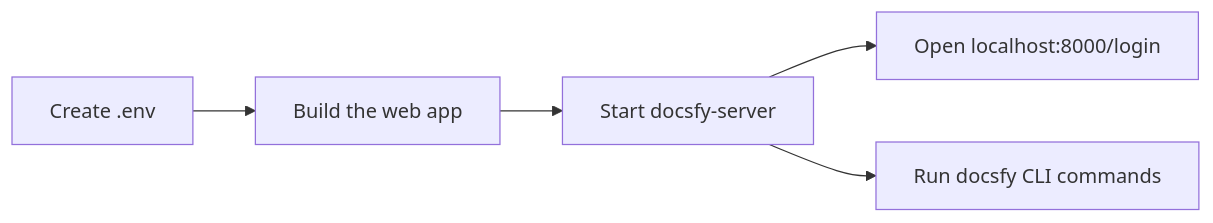
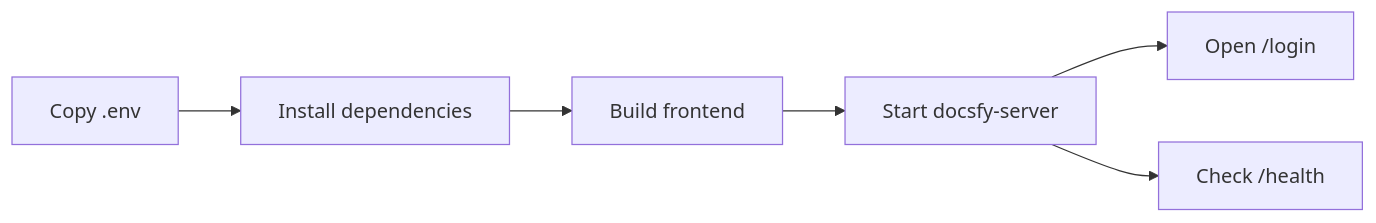
The diagram in docs/install-and-run-docsfy-without-docker.md (myk-org/docsfy), drawn with Mermaid before and after one commit. The commit also changed other lines of this file and 42 other files, not shown here.

````diff
--- a/docs/install-and-run-docsfy-without-docker.md
+++ b/docs/install-and-run-docsfy-without-docker.md
@@ -111,7 +107,8 @@
 ```mermaid
 flowchart LR
-  A[Create .env] --> B[Build the web app]
-  B --> C[Start docsfy-server]
-  C --> D[Open localhost:8000/login]
-  C --> E[Run docsfy CLI commands]
+  A[Copy .env] --> B[Install dependencies]
+  B --> C[Build frontend]
+  C --> D[Start docsfy-server]
+  D --> E[Open /login]
+  D --> F[Check /health]
 ```
````
